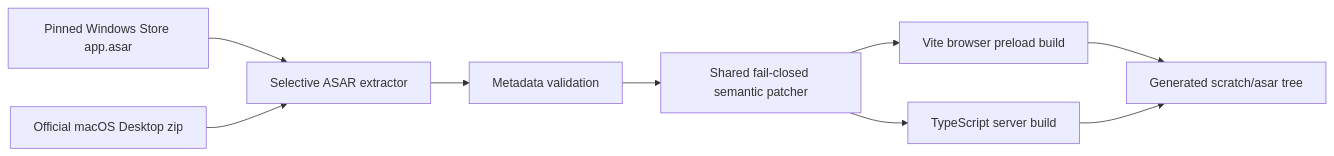
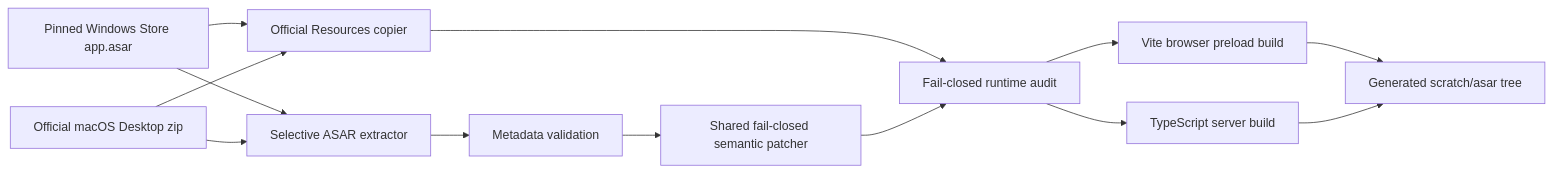
The diagram in ARCHITECTURE.md (G-TTYg/codex-web), drawn with Mermaid before and after one commit. The commit also changed other lines of this file and 12 other files, not shown here.

````diff
--- a/ARCHITECTURE.md
+++ b/ARCHITECTURE.md
@@ -9,11 +9,15 @@
 ```mermaid
 flowchart LR
   W["Pinned Windows Store app.asar"] --> E["Selective ASAR extractor"]
   U["Official macOS Desktop zip"] --> E
+  W --> R["Official Resources copier"]
+  U --> R
   E --> M["Metadata validation"]
+  R --> A["Fail-closed runtime audit"]
   M --> P["Shared fail-closed semantic patcher"]
-  P --> V["Vite browser preload build"]
-  P --> S["TypeScript server build"]
+  P --> A
+  A --> V["Vite browser preload build"]
+  A --> S["TypeScript server build"]
   V --> O["Generated scratch/asar tree"]
   S --> O
 ```
````
